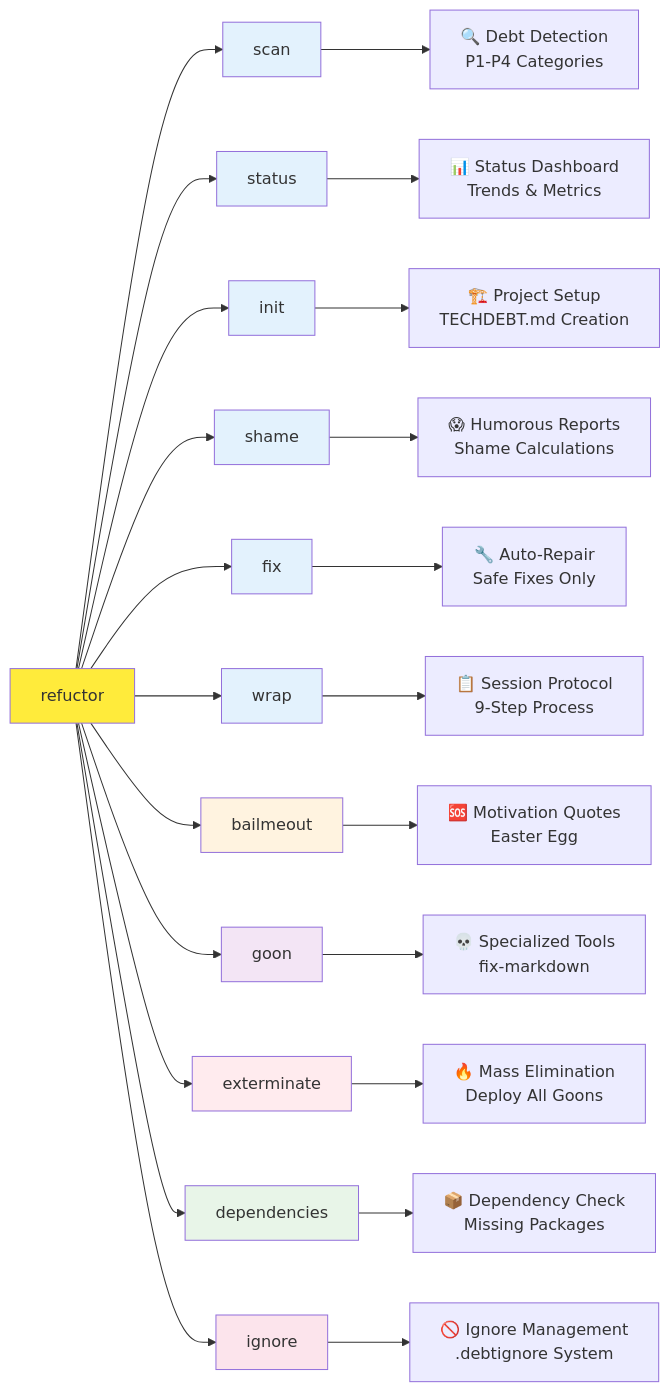
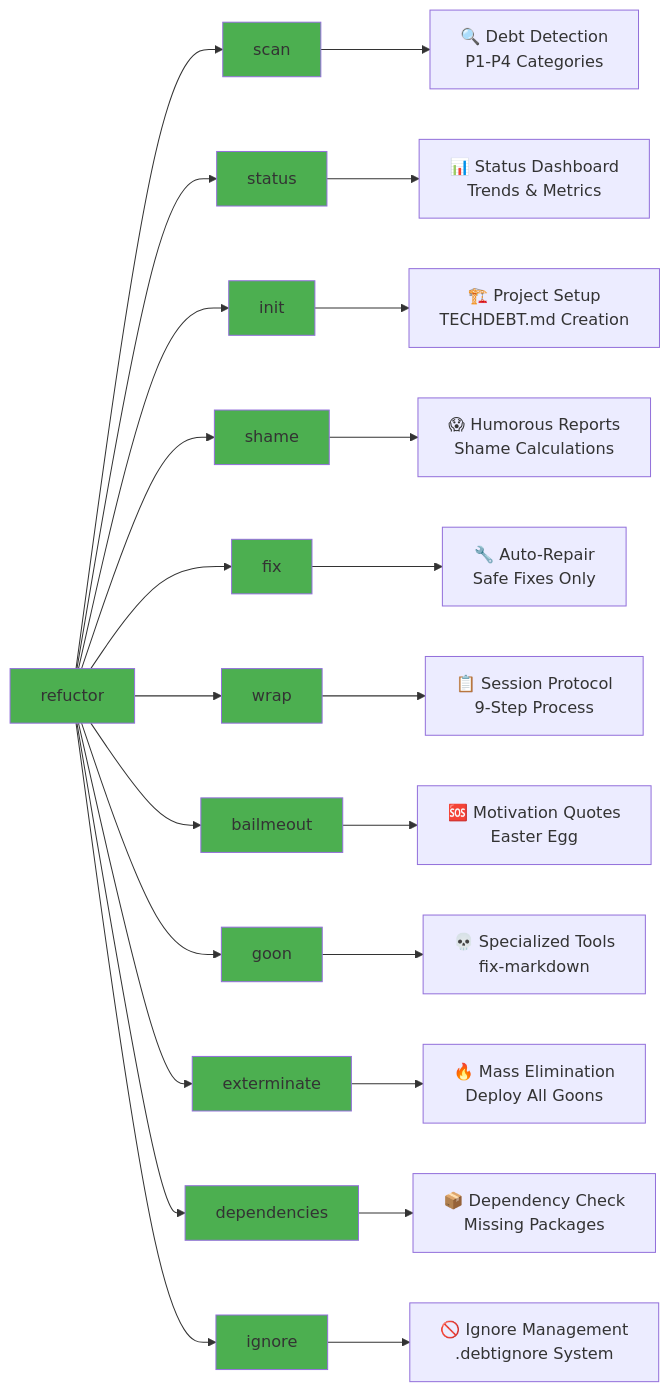
Before and after one commit to Jason-Vaughan/refuctor: the third of 21 diagrams in REFUCTOR_MYTHOS.md, drawn with Mermaid. The commit also changed other lines of this file and 8 other files, not shown here.

````diff
--- a/REFUCTOR_MYTHOS.md
+++ b/REFUCTOR_MYTHOS.md
@@ -89,39 +124,39 @@
 ```mermaid
 graph LR
     A["refuctor"] --> B1["scan"]
     A --> B2["status"]
     A --> B3["init"]
     A --> B4["shame"]
     A --> B5["fix"]
     A --> B6["wrap"]
     A --> B7["bailmeout"]
     A --> B8["goon"]
     A --> B9["exterminate"]
     A --> B10["dependencies"]
     A --> B11["ignore"]
     
     B1 --> C1["🔍 Debt Detection<br/>P1-P4 Categories"]
     B2 --> C2["📊 Status Dashboard<br/>Trends & Metrics"]
     B3 --> C3["🏗️ Project Setup<br/>TECHDEBT.md Creation"]
     B4 --> C4["😱 Humorous Reports<br/>Shame Calculations"]
     B5 --> C5["🔧 Auto-Repair<br/>Safe Fixes Only"]
     B6 --> C6["📋 Session Protocol<br/>9-Step Process"]
     B7 --> C7["🆘 Motivation Quotes<br/>Easter Egg"]
     B8 --> C8["💀 Specialized Tools<br/>fix-markdown"]
     B9 --> C9["🔥 Mass Elimination<br/>Deploy All Goons"]
     B10 --> C10["📦 Dependency Check<br/>Missing Packages"]
     B11 --> C11["🚫 Ignore Management<br/>.debtignore System"]
     
-    style A fill:#ffeb3b
-    style B1 fill:#e3f2fd
-    style B2 fill:#e3f2fd
-    style B3 fill:#e3f2fd
-    style B4 fill:#e3f2fd
-    style B5 fill:#e3f2fd
-    style B6 fill:#e3f2fd
-    style B7 fill:#fff3e0
-    style B8 fill:#f3e5f5
-    style B9 fill:#ffebee
-    style B10 fill:#e8f5e8
-    style B11 fill:#fce4ec
+    style A fill:#4caf50
+    style B1 fill:#4caf50
+    style B2 fill:#4caf50
+    style B3 fill:#4caf50
+    style B4 fill:#4caf50
+    style B5 fill:#4caf50
+    style B6 fill:#4caf50
+    style B7 fill:#4caf50
+    style B8 fill:#4caf50
+    style B9 fill:#4caf50
+    style B10 fill:#4caf50
+    style B11 fill:#4caf50
 ```
````
